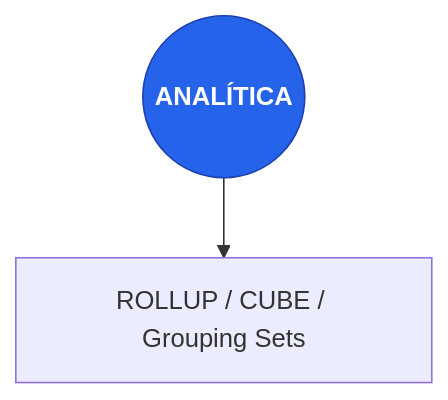
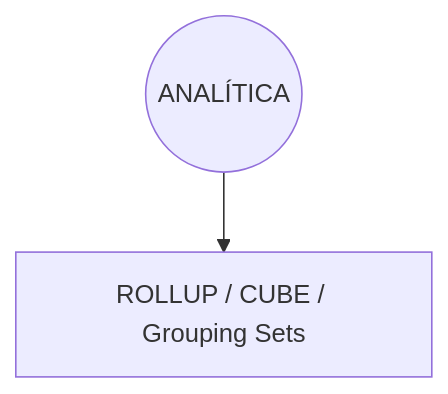
Before and after one commit to rraulherediaa/PracticasEstructurasDatos: the seventh of 12 diagrams in README.md, drawn with Mermaid. The commit also changed other lines of this file and 1 other file, not shown here.

Commit message:
fix: simplificar diagramas Mermaid al máximo para asegurar compatibilidad total

````diff
--- a/README.md
+++ b/README.md
@@ -93,8 +75,5 @@
 ```mermaid
 flowchart TD
     BI(("ANALÍTICA"))
     BI --> ROLL["ROLLUP / CUBE / Grouping Sets"]
-
-    classDef central fill:#2563eb,color:#fff,font-weight:bold,stroke:#1e40af
-    class BI central
 ```
````
